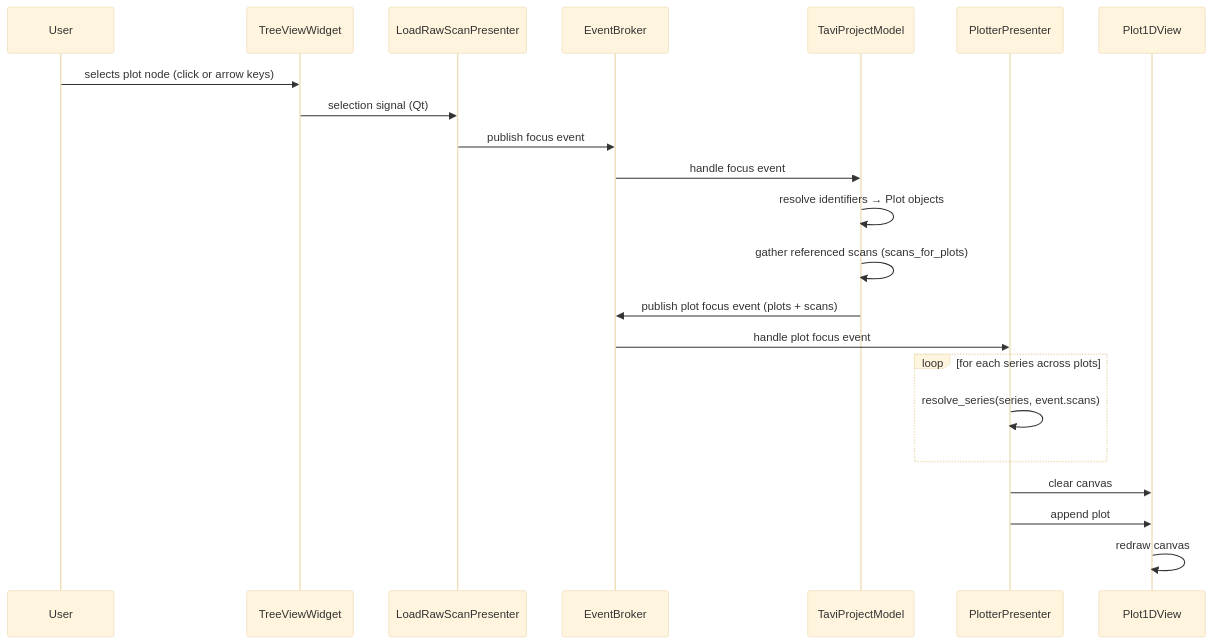
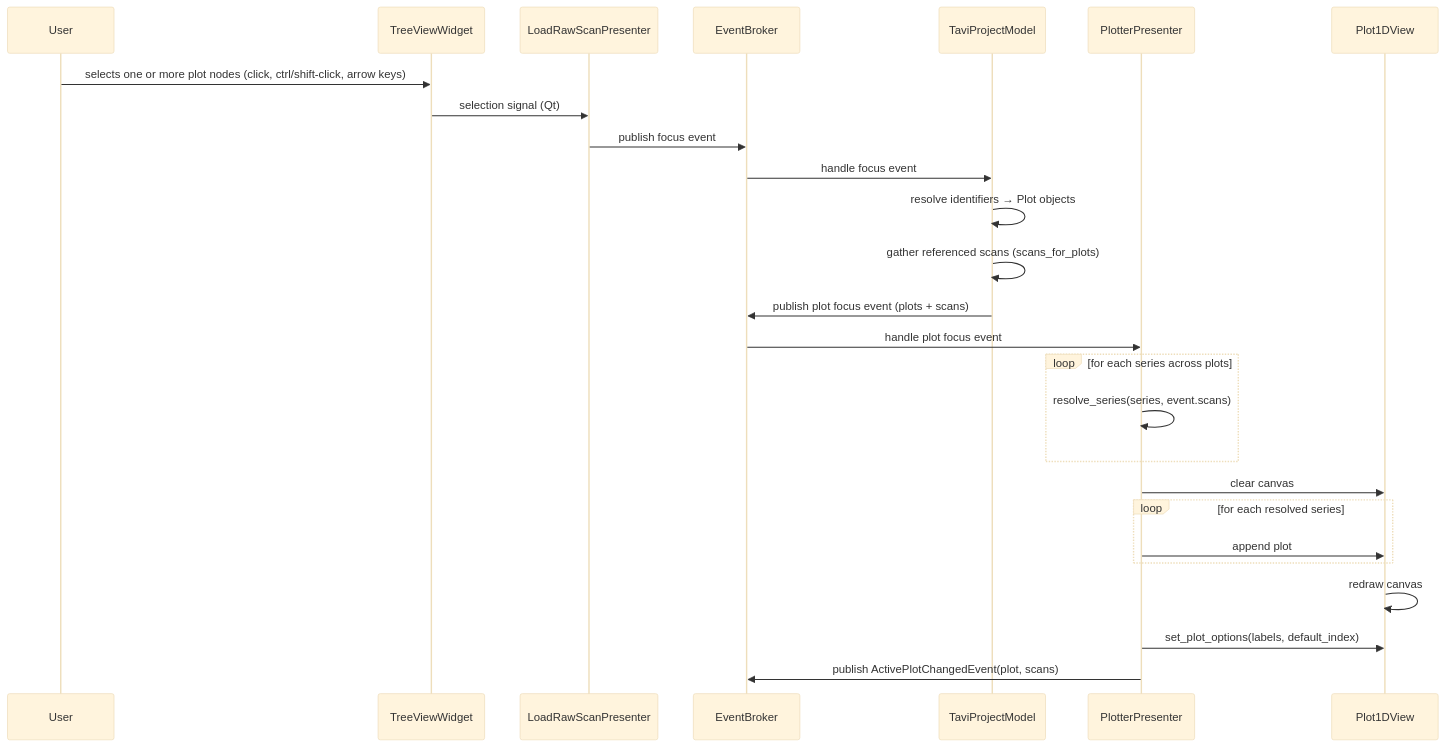
One commit to neutrons/TAVI changed the second of 4 diagrams in docs/source/design/frontend/visualization_flow.rst. Above: the diagram before and after it, drawn with Mermaid (base theme). The commit also changed other lines of this file and 3 other files, not shown here.

```diff
--- a/docs/source/design/frontend/visualization_flow.rst
+++ b/docs/source/design/frontend/visualization_flow.rst
@@ -91,27 +109,31 @@
 .. mermaid::
 
     sequenceDiagram
         participant User
         participant TreeViewWidget
         participant LoadRawScanPresenter
         participant EventBroker
         participant TaviProjectModel
         participant PlotterPresenter
         participant Plot1DView
 
-        User ->> TreeViewWidget: selects plot node (click or arrow keys)
+        User ->> TreeViewWidget: selects one or more plot nodes (click, ctrl/shift-click, arrow keys)
         TreeViewWidget ->> LoadRawScanPresenter: selection signal (Qt)
         LoadRawScanPresenter ->> EventBroker: publish focus event
 
         EventBroker ->> TaviProjectModel: handle focus event
         TaviProjectModel ->> TaviProjectModel: resolve identifiers → Plot objects
         TaviProjectModel ->> TaviProjectModel: gather referenced scans (scans_for_plots)
         TaviProjectModel ->> EventBroker: publish plot focus event (plots + scans)
 
         EventBroker ->> PlotterPresenter: handle plot focus event
         loop for each series across plots
             PlotterPresenter ->> PlotterPresenter: resolve_series(series, event.scans)
         end
         PlotterPresenter ->> Plot1DView: clear canvas
-        PlotterPresenter ->> Plot1DView: append plot
+        loop for each resolved series
+            PlotterPresenter ->> Plot1DView: append plot
+        end
         Plot1DView ->> Plot1DView: redraw canvas
+        PlotterPresenter ->> Plot1DView: set_plot_options(labels, default_index)
+        PlotterPresenter ->> EventBroker: publish ActivePlotChangedEvent(plot, scans)
```
